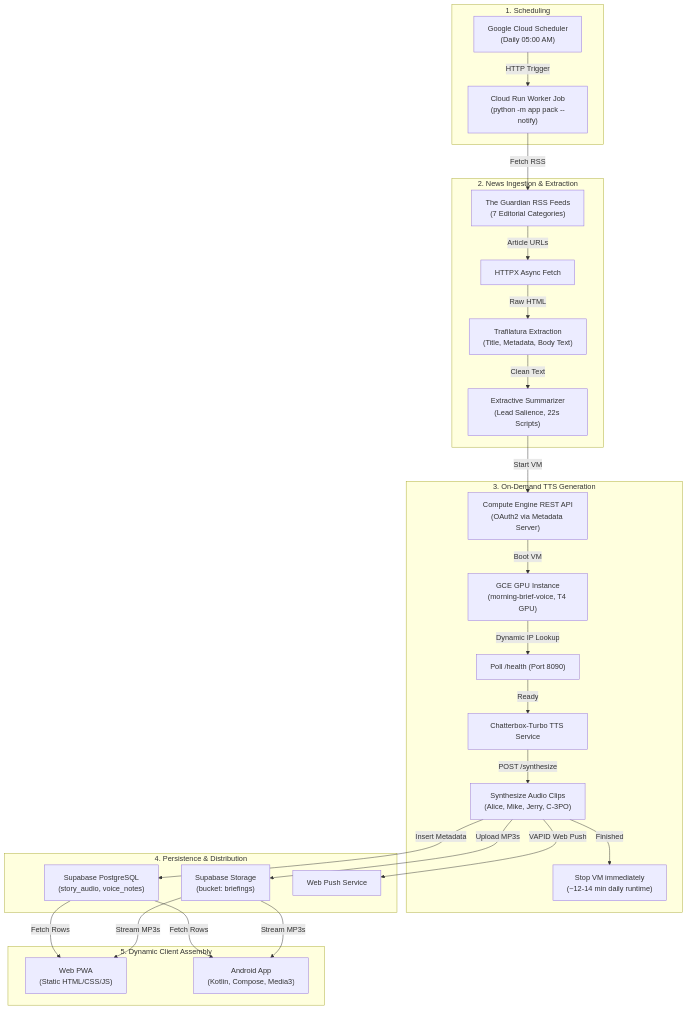
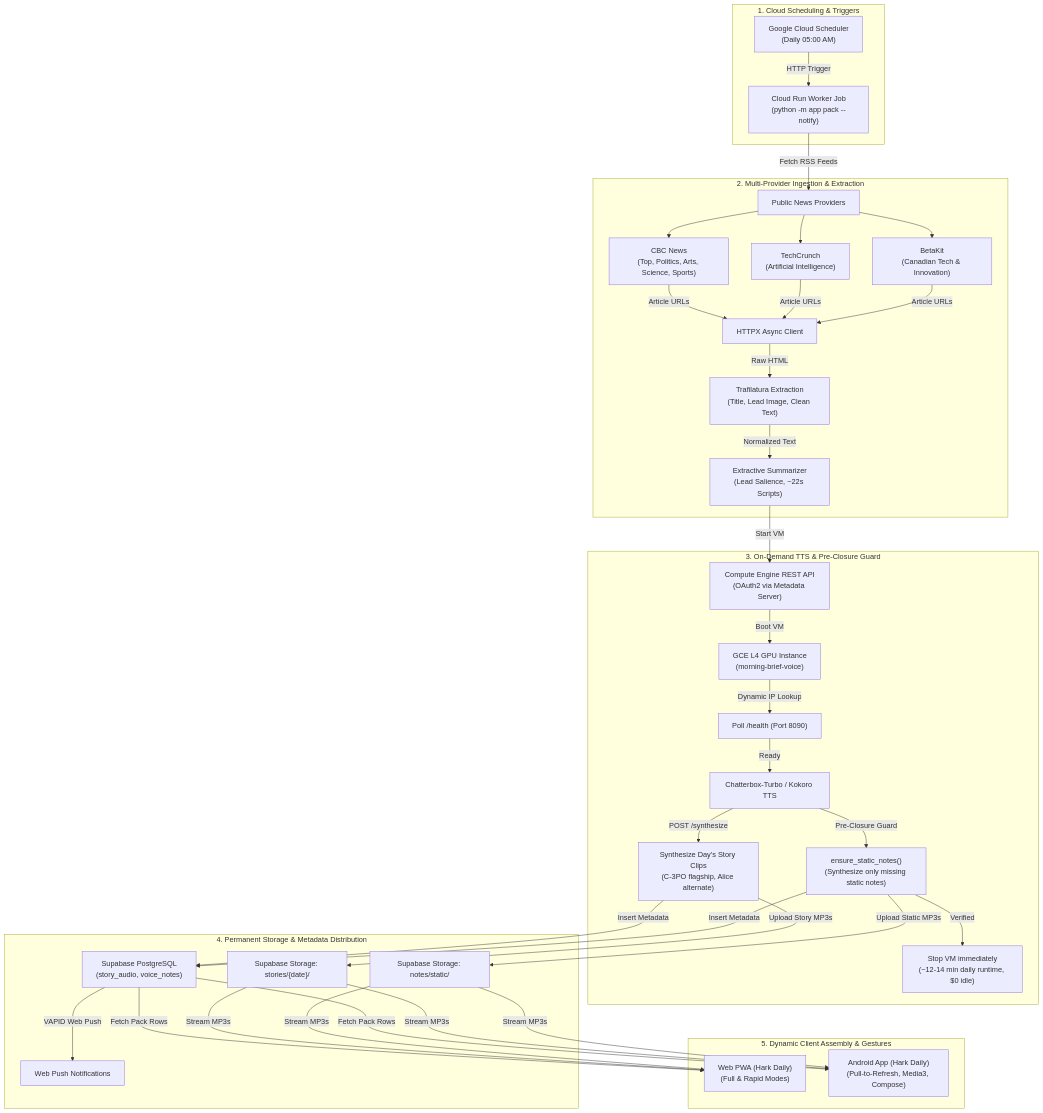
The diagram in docs/TECHNICAL.md (vattitude-me/Hark-Daily), drawn with Mermaid before and after one commit. The commit also changed other lines of this file, not shown here.

Commit message:
docs: update TECHNICAL.md architecture guide for Hark Daily

````diff
--- a/docs/TECHNICAL.md
+++ b/docs/TECHNICAL.md
@@ -11,35 +11,40 @@
 ```mermaid
 flowchart TD
-    subgraph Scheduler["1. Scheduling"]
+    subgraph Scheduler["1. Cloud Scheduling & Triggers"]
         GCS["Google Cloud Scheduler<br/>(Daily 05:00 AM)"] -->|HTTP Trigger| CRJ["Cloud Run Worker Job<br/>(python -m app pack --notify)"]
     end
 
-    subgraph Extraction["2. News Ingestion & Extraction"]
-        CRJ -->|Fetch RSS| GDN["The Guardian RSS Feeds<br/>(7 Editorial Categories)"]
-        GDN -->|Article URLs| HTTPX["HTTPX Async Fetch"]
-        HTTPX -->|Raw HTML| TRAF["Trafilatura Extraction<br/>(Title, Metadata, Body Text)"]
-        TRAF -->|Clean Text| SUM["Extractive Summarizer<br/>(Lead Salience, 22s Scripts)"]
+    subgraph Extraction["2. Multi-Provider Ingestion & Extraction"]
+        CRJ -->|Fetch RSS Feeds| FEEDS["Public News Providers"]
+        FEEDS --> CBC["CBC News<br/>(Top, Politics, Arts, Science, Sports)"]
+        FEEDS --> TC["TechCrunch<br/>(Artificial Intelligence)"]
+        FEEDS --> BK["BetaKit<br/>(Canadian Tech & Innovation)"]
+        CBC & TC & BK -->|Article URLs| HTTPX["HTTPX Async Client"]
+        HTTPX -->|Raw HTML| TRAF["Trafilatura Extraction<br/>(Title, Lead Image, Clean Text)"]
+        TRAF -->|Normalized Text| SUM["Extractive Summarizer<br/>(Lead Salience, ~22s Scripts)"]
     end
 
-    subgraph GPU["3. On-Demand TTS Generation"]
+    subgraph GPU["3. On-Demand TTS & Pre-Closure Guard"]
         SUM -->|Start VM| GCE_API["Compute Engine REST API<br/>(OAuth2 via Metadata Server)"]
-        GCE_API -->|Boot VM| VM["GCE GPU Instance<br/>(morning-brief-voice, T4 GPU)"]
+        GCE_API -->|Boot VM| VM["GCE L4 GPU Instance<br/>(morning-brief-voice)"]
         VM -->|Dynamic IP Lookup| HEALTH["Poll /health (Port 8090)"]
-        HEALTH -->|Ready| TTS["Chatterbox-Turbo TTS Service"]
-        TTS -->|POST /synthesize| AUDIO["Synthesize Audio Clips<br/>(Alice, Mike, Jerry, C-3PO)"]
-        AUDIO -->|Finished| STOP["Stop VM immediately<br/>(~12-14 min daily runtime)"]
+        HEALTH -->|Ready| TTS["Chatterbox-Turbo / Kokoro TTS"]
+        TTS -->|POST /synthesize| AUDIO["Synthesize Day's Story Clips<br/>(C-3PO flagship, Alice alternate)"]
+        TTS -->|Pre-Closure Guard| NOTES["ensure_static_notes()<br/>(Synthesize only missing static notes)"]
+        NOTES -->|Verified| STOP["Stop VM immediately<br/>(~12-14 min daily runtime, $0 idle)"]
     end
 
-    subgraph Storage["4. Persistence & Distribution"]
-        AUDIO -->|Upload MP3s| SB_STORAGE["Supabase Storage<br/>(bucket: briefings)"]
-        AUDIO -->|Insert Metadata| SB_DB["Supabase PostgreSQL<br/>(story_audio, voice_notes)"]
-        AUDIO -->|VAPID Web Push| PUSH["Web Push Service"]
+    subgraph Storage["4. Permanent Storage & Metadata Distribution"]
+        AUDIO -->|Upload Story MP3s| SB_STOR_DAILY["Supabase Storage: stories/{date}/"]
+        NOTES -->|Upload Static MP3s| SB_STOR_STATIC["Supabase Storage: notes/static/"]
+        AUDIO & NOTES -->|Insert Metadata| SB_DB["Supabase PostgreSQL<br/>(story_audio, voice_notes)"]
+        SB_DB -->|VAPID Web Push| PUSH["Web Push Notifications"]
     end
 
-    subgraph Clients["5. Dynamic Client Assembly"]
-        SB_DB -->|Fetch Rows| PWA["Web PWA<br/>(Static HTML/CSS/JS)"]
-        SB_DB -->|Fetch Rows| ANDROID["Android App<br/>(Kotlin, Compose, Media3)"]
-        SB_STORAGE -->|Stream MP3s| PWA
-        SB_STORAGE -->|Stream MP3s| ANDROID
+    subgraph Clients["5. Dynamic Client Assembly & Gestures"]
+        SB_DB -->|Fetch Pack Rows| PWA["Web PWA (Hark Daily)<br/>(Full & Rapid Modes)"]
+        SB_DB -->|Fetch Pack Rows| ANDROID["Android App (Hark Daily)<br/>(Pull-to-Refresh, Media3, Compose)"]
+        SB_STOR_DAILY & SB_STOR_STATIC -->|Stream MP3s| PWA
+        SB_STOR_DAILY & SB_STOR_STATIC -->|Stream MP3s| ANDROID
     end
 ```
````
